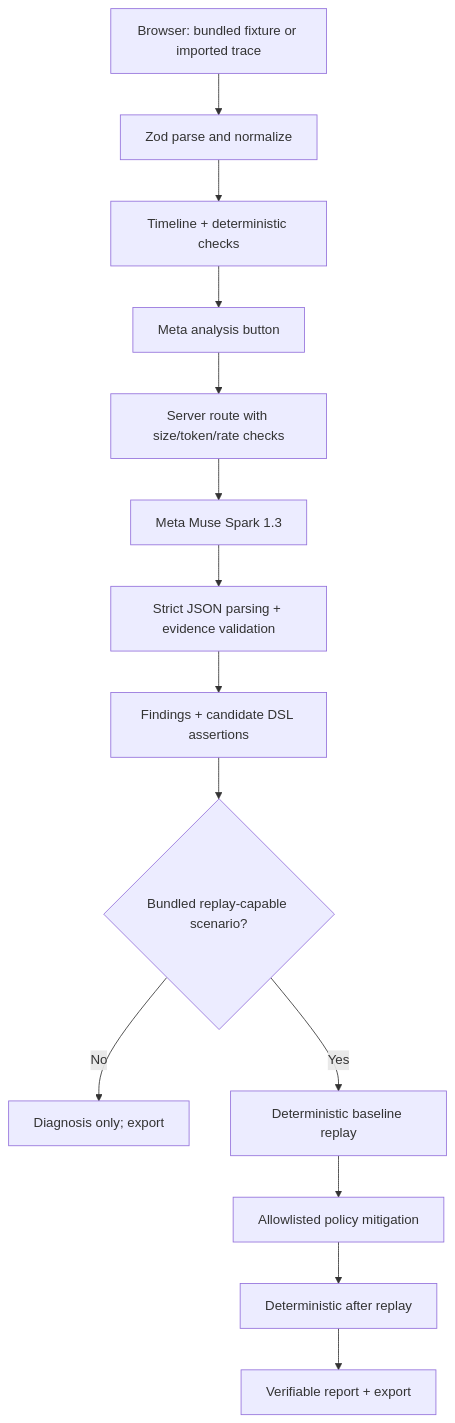
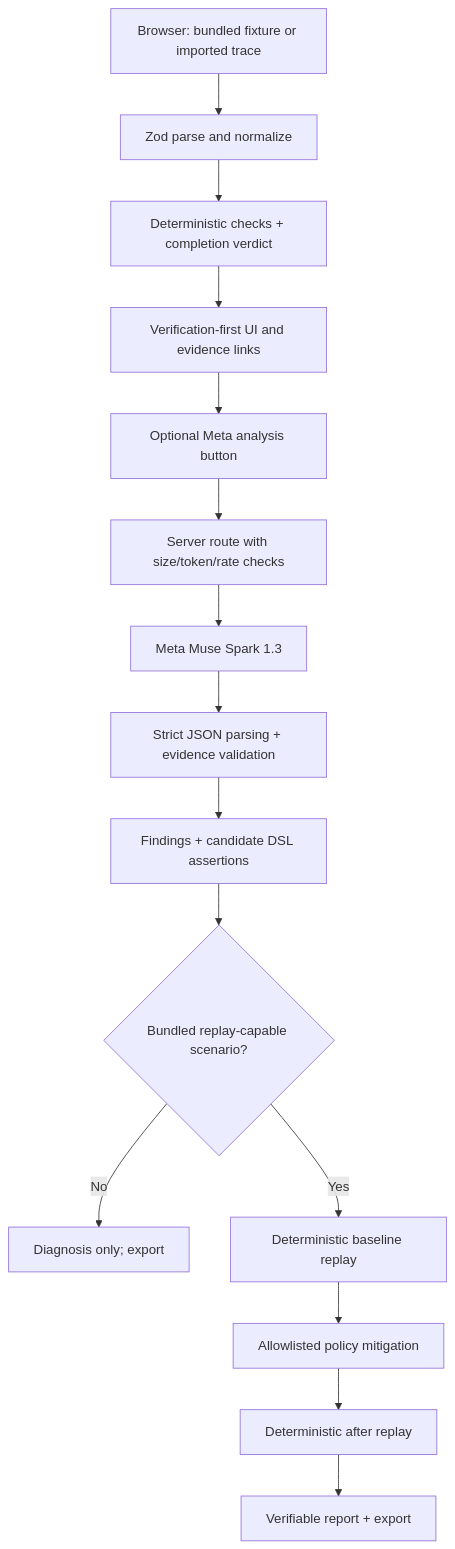
One commit to matthiasdruhl/AgentHarness-Planning changed the first of 3 diagrams in docs/02-system-architecture.md. Above: the diagram before and after it, drawn with Mermaid. The commit also changed other lines of this file and 6 other files, not shown here.

Commit message:
docs: reposition product and core contracts around completion verification

````diff
--- a/docs/02-system-architecture.md
+++ b/docs/02-system-architecture.md
@@ -23,16 +26,17 @@
 ```mermaid
 flowchart TD
   A[Browser: bundled fixture or imported trace] --> B[Zod parse and normalize]
-  B --> C[Timeline + deterministic checks]
-  C --> D[Meta analysis button]
+  B --> C[Deterministic checks + completion verdict]
+  C --> V[Verification-first UI and evidence links]
+  V --> D[Optional Meta analysis button]
   D --> E[Server route with size/token/rate checks]
   E --> F[Meta Muse Spark 1.3]
   F --> G[Strict JSON parsing + evidence validation]
   G --> H[Findings + candidate DSL assertions]
   H --> I{Bundled replay-capable scenario?}
   I -- No --> J[Diagnosis only; export]
   I -- Yes --> K[Deterministic baseline replay]
   K --> L[Allowlisted policy mitigation]
   L --> M[Deterministic after replay]
   M --> N[Verifiable report + export]
 ```
````
